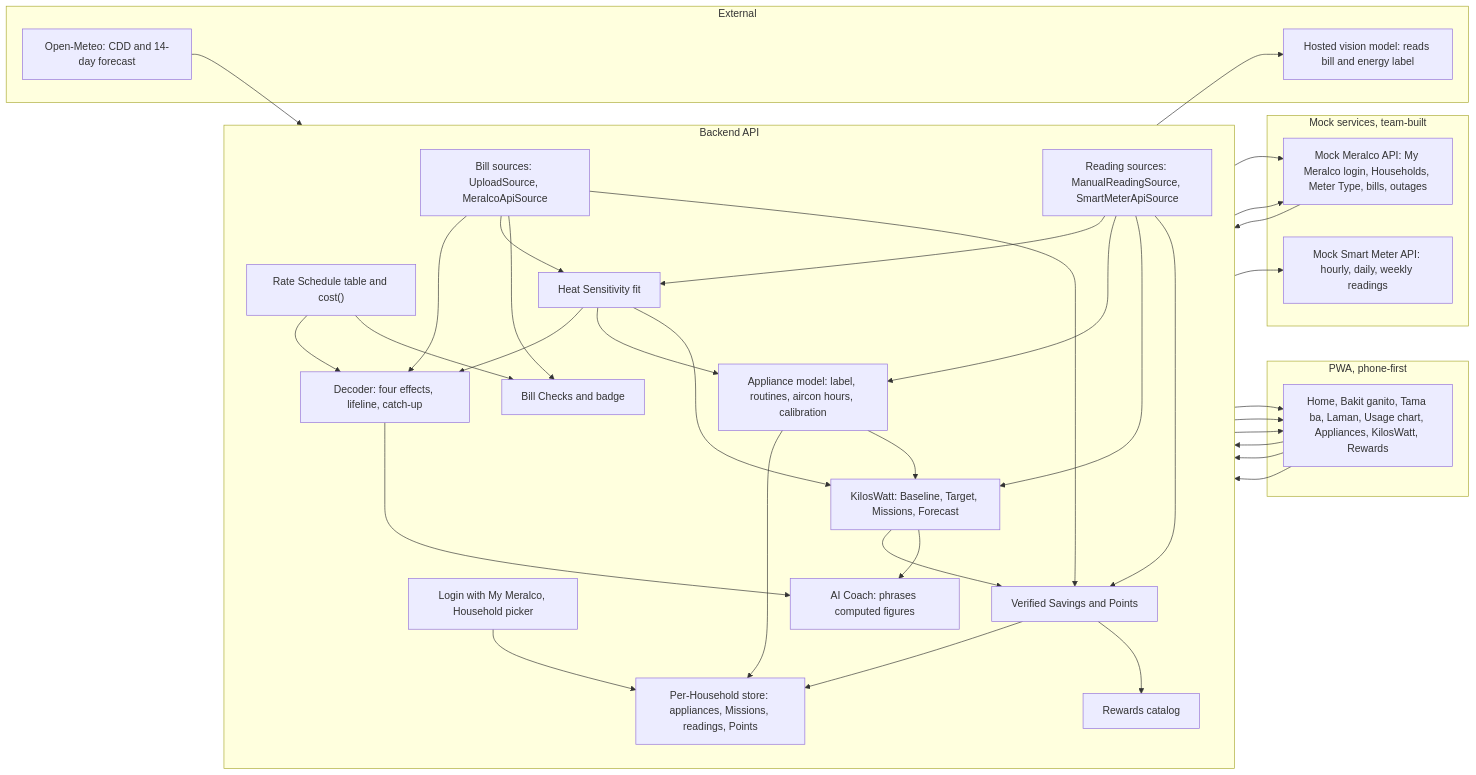
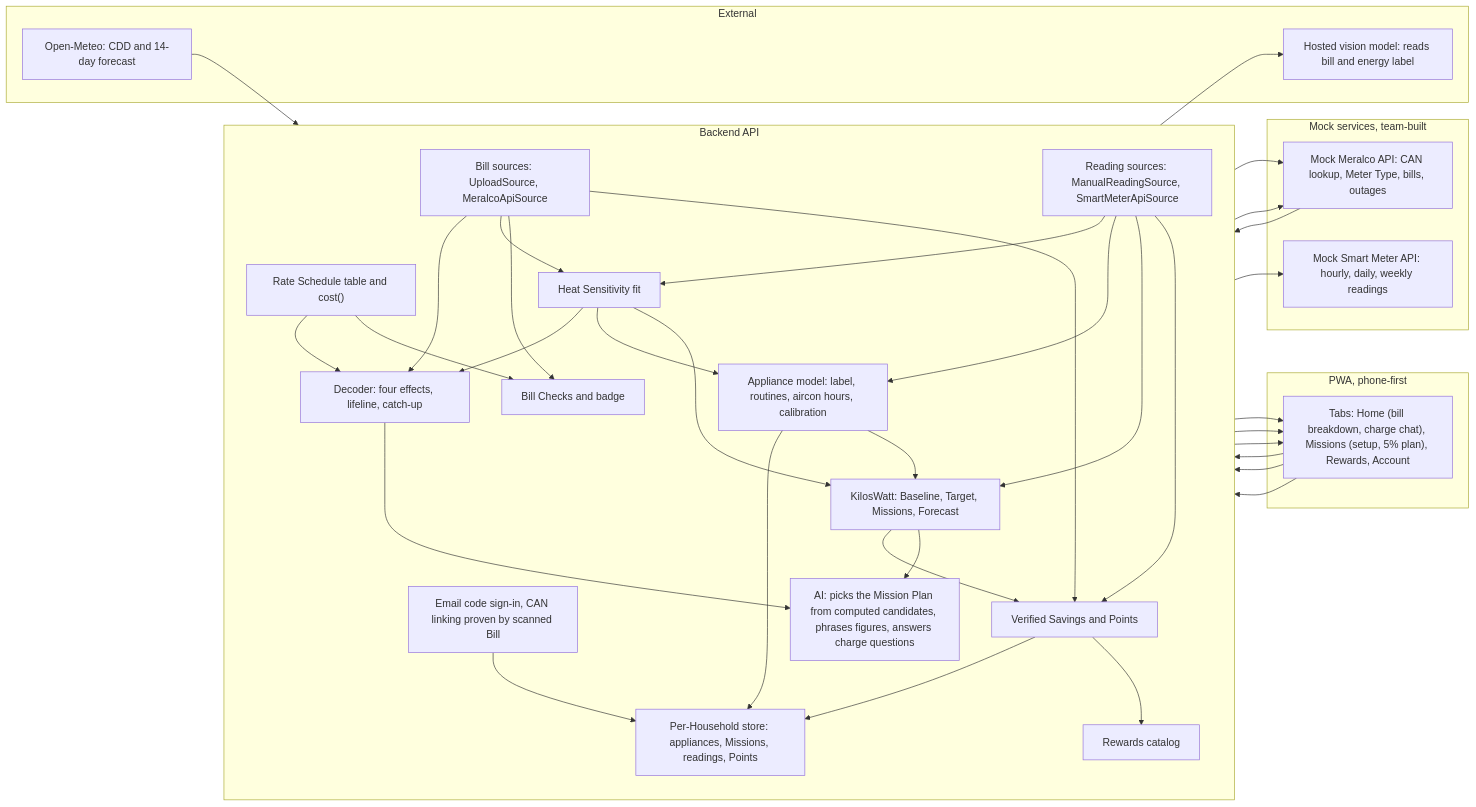
Before and after one commit to mrmeralco/TeamLarpitOut: the second of 2 diagrams in docs/challenge-2/KuryenteKo.md, drawn with Mermaid. The commit also changed other lines of this file and 7 other files, not shown here.

First line of the commit message:
docs: revise flow to email sign-in, CAN linking and a 5% Mission Plan

````diff
--- a/docs/challenge-2/KuryenteKo.md
+++ b/docs/challenge-2/KuryenteKo.md
@@ -330,67 +321,67 @@
 ```mermaid
 flowchart LR
     subgraph Client["PWA, phone-first"]
-        UI["Home, Bakit ganito, Tama ba, Laman, Usage chart, Appliances, KilosWatt, Rewards"]
+        UI["Tabs: Home (bill breakdown, charge chat), Missions (setup, 5% plan), Rewards, Account"]
     end
 
     subgraph Backend["Backend API"]
         direction TB
-        Auth["Login with My Meralco, Household picker"]
+        Auth["Email code sign-in, CAN linking proven by scanned Bill"]
         Store["Per-Household store: appliances, Missions, readings, Points"]
         BillSrc["Bill sources: UploadSource, MeralcoApiSource"]
         ReadSrc["Reading sources: ManualReadingSource, SmartMeterApiSource"]
         Rates["Rate Schedule table and cost()"]
         Heat["Heat Sensitivity fit"]
         Decoder["Decoder: four effects, lifeline, catch-up"]
         Checks["Bill Checks and badge"]
         Appl["Appliance model: label, routines, aircon hours, calibration"]
         Kilos["KilosWatt: Baseline, Target, Missions, Forecast"]
         Pts["Verified Savings and Points"]
         Rew["Rewards catalog"]
-        Coach["AI Coach: phrases computed figures"]
+        Coach["AI: picks the Mission Plan from computed candidates, phrases figures, answers charge questions"]
     end
 
     subgraph Mocks["Mock services, team-built"]
-        MAPI["Mock Meralco API: My Meralco login, Households, Meter Type, bills, outages"]
+        MAPI["Mock Meralco API: CAN lookup, Meter Type, bills, outages"]
         SMAPI["Mock Smart Meter API: hourly, daily, weekly readings"]
     end
 
     subgraph External["External"]
         Vision["Hosted vision model: reads bill and energy label"]
         Weather["Open-Meteo: CDD and 14-day forecast"]
     end
 
     UI --> Auth
     Auth --> MAPI
     Auth --> Store
     Appl --> Store
     Pts --> Store
     UI --> BillSrc
     UI --> ReadSrc
     BillSrc --> Vision
     BillSrc --> MAPI
     ReadSrc --> SMAPI
     BillSrc --> Decoder
     Rates --> Decoder
     Weather --> Heat
     BillSrc --> Heat
     ReadSrc --> Heat
     Heat --> Decoder
     BillSrc --> Checks
     Rates --> Checks
     Heat --> Appl
     ReadSrc --> Appl
     Appl --> Kilos
     Heat --> Kilos
     ReadSrc --> Kilos
     Kilos --> Pts
     BillSrc --> Pts
     ReadSrc --> Pts
     MAPI --> Pts
     Pts --> Rew
     Decoder --> Coach
     Kilos --> Coach
     Coach --> UI
     Checks --> UI
     Rew --> UI
 ```
````
